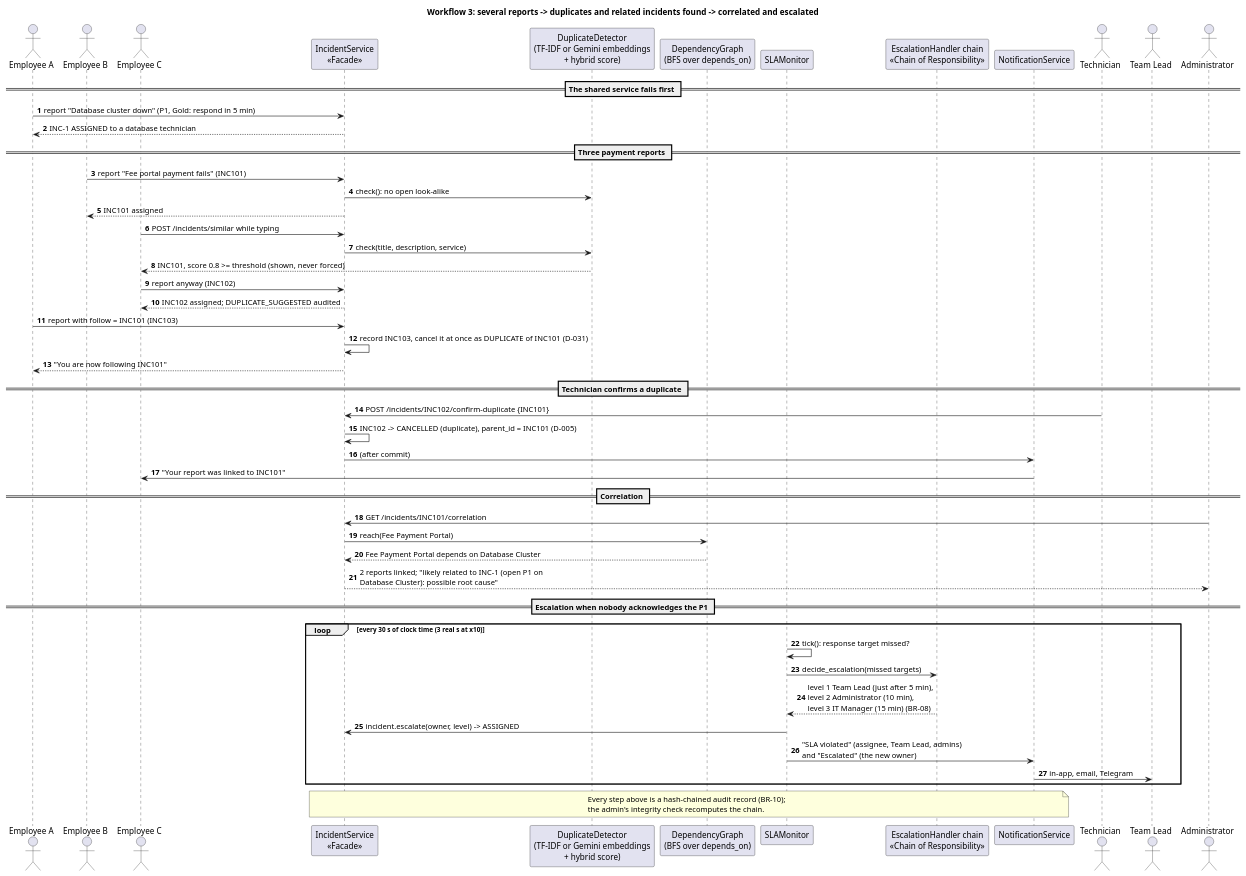
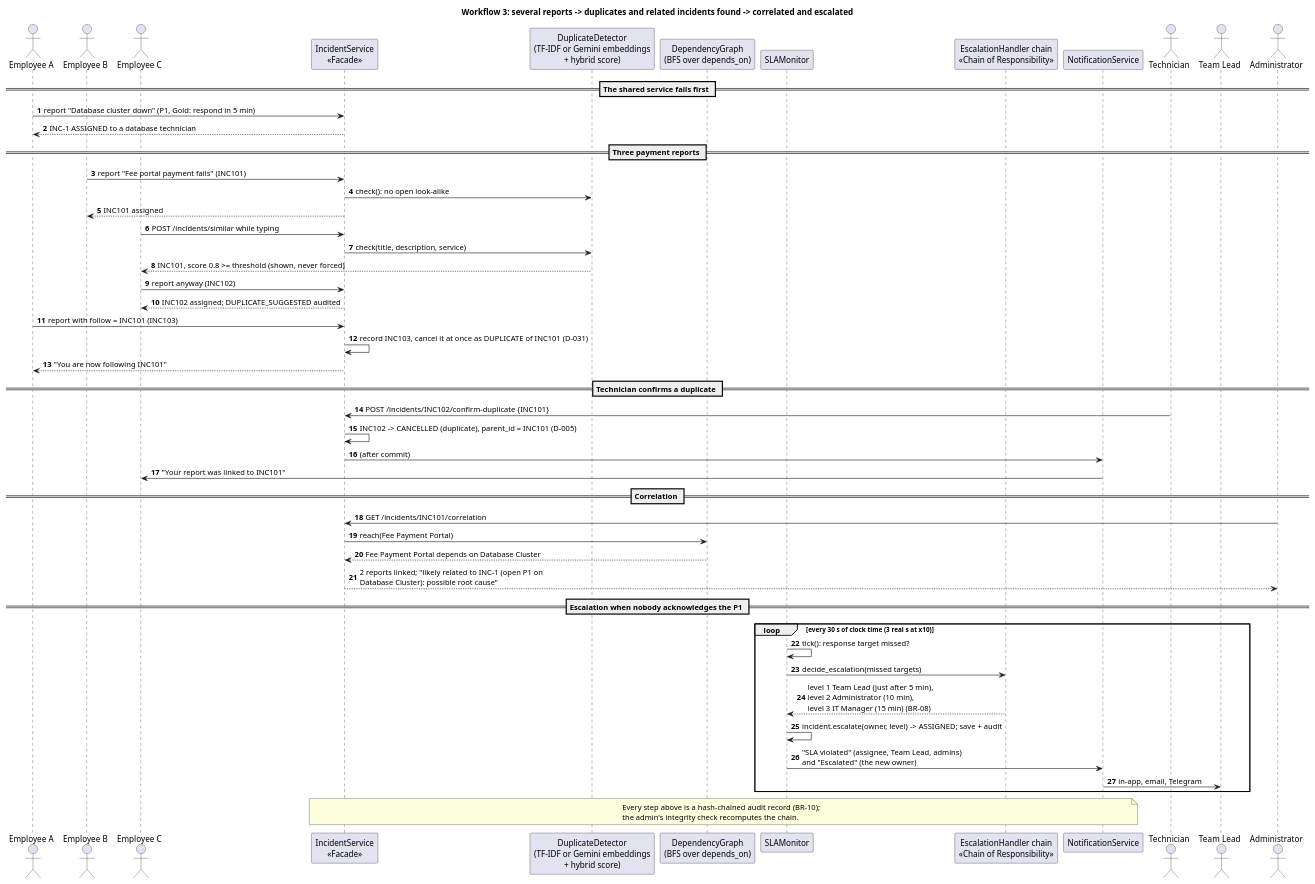
Before and after one commit to Siddhant944/i-itsm: the diagram in docs/diagrams/sequence-wf3.puml, drawn with PlantUML. The commit also changed 33 other files, not shown here.

```diff
--- a/docs/diagrams/sequence-wf3.puml
+++ b/docs/diagrams/sequence-wf3.puml
@@ -1,63 +1,63 @@
 @startuml sequence-wf3
 skinparam shadowing false
 skinparam defaultFontName Helvetica
 skinparam sequenceMessageAlign left
 autonumber
 title Workflow 3: several reports -> duplicates and related incidents found -> correlated and escalated
 
 actor "Employee A" as A
 actor "Employee B" as B
 actor "Employee C" as C
 participant "IncidentService\n<<Facade>>" as SVC
 participant "DuplicateDetector\n(TF-IDF or Gemini embeddings\n+ hybrid score)" as DUP
 participant "DependencyGraph\n(BFS over depends_on)" as GRAPH
 participant "SLAMonitor" as MON
 participant "EscalationHandler chain\n<<Chain of Responsibility>>" as CHAIN
 participant "NotificationService" as NOTIF
 actor Technician
 actor "Team Lead" as LEAD
 actor Administrator as ADMIN
 
 == The shared service fails first ==
 A -> SVC : report "Database cluster down" (P1, Gold: respond in 5 min)
 SVC --> A : INC-1 ASSIGNED to a database technician
 
 == Three payment reports ==
 B -> SVC : report "Fee portal payment fails" (INC101)
 SVC -> DUP : check(): no open look-alike
 SVC --> B : INC101 assigned
 C -> SVC : POST /incidents/similar while typing
 SVC -> DUP : check(title, description, service)
 DUP --> C : INC101, score 0.8 >= threshold (shown, never forced)
 C -> SVC : report anyway (INC102)
 SVC --> C : INC102 assigned; DUPLICATE_SUGGESTED audited
 A -> SVC : report with follow = INC101 (INC103)
 SVC -> SVC : record INC103, cancel it at once as DUPLICATE of INC101 (D-031)
 SVC --> A : "You are now following INC101"
 
 == Technician confirms a duplicate ==
 Technician -> SVC : POST /incidents/INC102/confirm-duplicate {INC101}
 SVC -> SVC : INC102 -> CANCELLED (duplicate), parent_id = INC101 (D-005)
 SVC -> NOTIF : (after commit)
 NOTIF -> C : "Your report was linked to INC101"
 
 == Correlation ==
 ADMIN -> SVC : GET /incidents/INC101/correlation
 SVC -> GRAPH : reach(Fee Payment Portal)
 GRAPH --> SVC : Fee Payment Portal depends on Database Cluster
 SVC --> ADMIN : 2 reports linked; "likely related to INC-1 (open P1 on\nDatabase Cluster): possible root cause"
 
 == Escalation when nobody acknowledges the P1 ==
 loop every 30 s of clock time (3 real s at x10)
   MON -> MON : tick(): response target missed?
   MON -> CHAIN : decide_escalation(missed targets)
   CHAIN --> MON : level 1 Team Lead (just after 5 min),\nlevel 2 Administrator (10 min),\nlevel 3 IT Manager (15 min) (BR-08)
-  MON -> SVC : incident.escalate(owner, level) -> ASSIGNED
+  MON -> MON : incident.escalate(owner, level) -> ASSIGNED; save + audit
   MON -> NOTIF : "SLA violated" (assignee, Team Lead, admins)\nand "Escalated" (the new owner)
   NOTIF -> LEAD : in-app, email, Telegram
 end
 note over SVC, NOTIF
   Every step above is a hash-chained audit record (BR-10);
   the admin's integrity check recomputes the chain.
 end note
 @enduml
```
